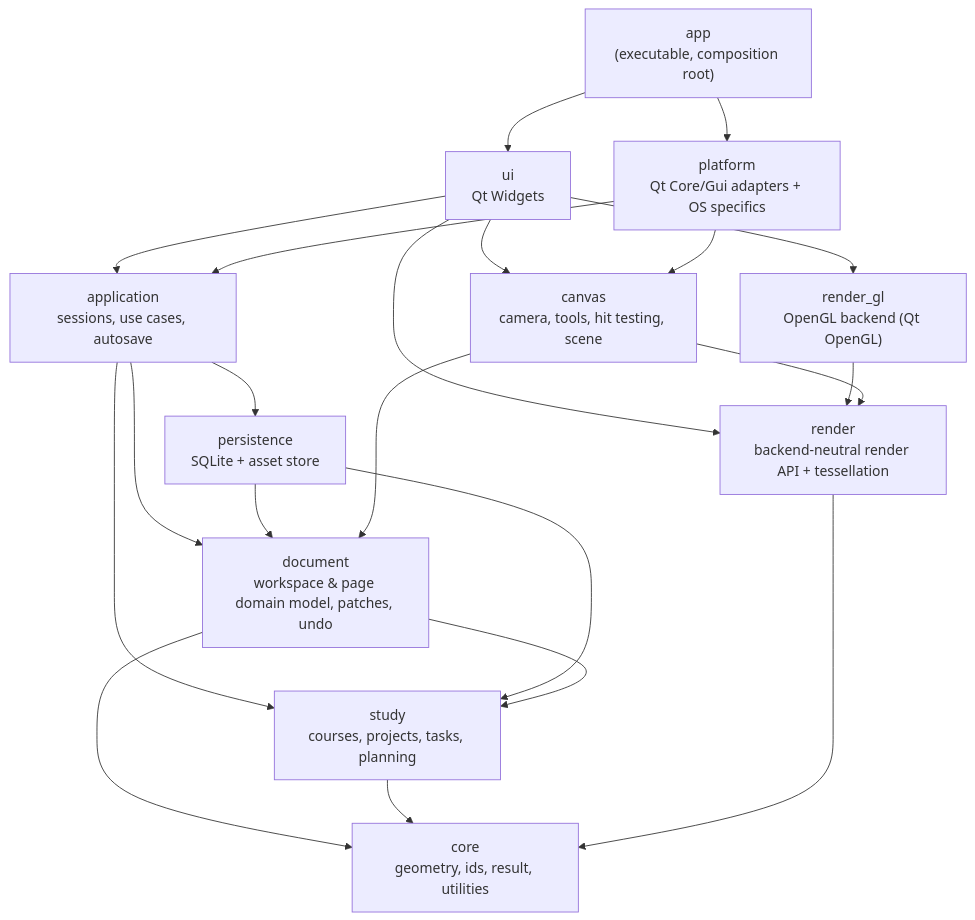
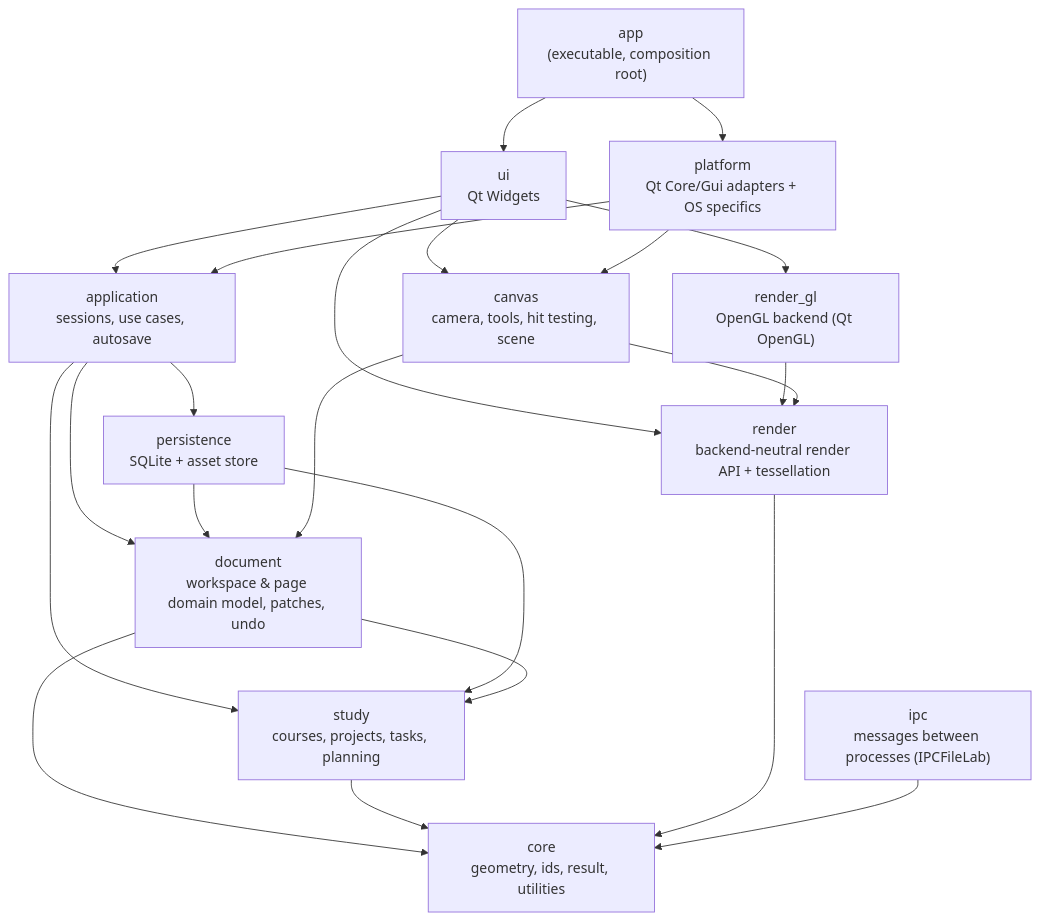
One commit to polaariiis/studying-app changed the diagram in docs/ARCHITECTURE.md. Above: the diagram before and after it, drawn with Mermaid. The commit also changed other lines of this file and 3 other files, not shown here.

Commit message:
docs: D52 (messages between processes through IPCFileLab), dependency and notices; ci: run on migration branches

````diff
--- a/docs/ARCHITECTURE.md
+++ b/docs/ARCHITECTURE.md
@@ -90,35 +90,37 @@
 ```mermaid
 flowchart TD
     app["app<br/>(executable, composition root)"]
     ui["ui<br/>Qt Widgets"]
     platform["platform<br/>Qt Core/Gui adapters + OS specifics"]
     gl["render_gl<br/>OpenGL backend (Qt OpenGL)"]
     application["application<br/>sessions, use cases, autosave"]
     persistence["persistence<br/>SQLite + asset store"]
     canvas["canvas<br/>camera, tools, hit testing, scene"]
     render["render<br/>backend-neutral render API + tessellation"]
     document["document<br/>workspace & page domain model, patches, undo"]
     study["study<br/>courses, projects, tasks, planning"]
+    ipc["ipc<br/>messages between processes (IPCFileLab)"]
     core["core<br/>geometry, ids, result, utilities"]
 
     app --> ui
     app --> platform
     ui --> gl
     ui --> application
     ui --> canvas
     ui --> render
     platform --> application
     platform --> canvas
     gl --> render
     application --> persistence
     application --> document
     application --> study
     persistence --> document
     persistence --> study
     canvas --> document
     canvas --> render
     document --> study
     document --> core
     study --> core
     render --> core
+    ipc --> core
 ```
````
